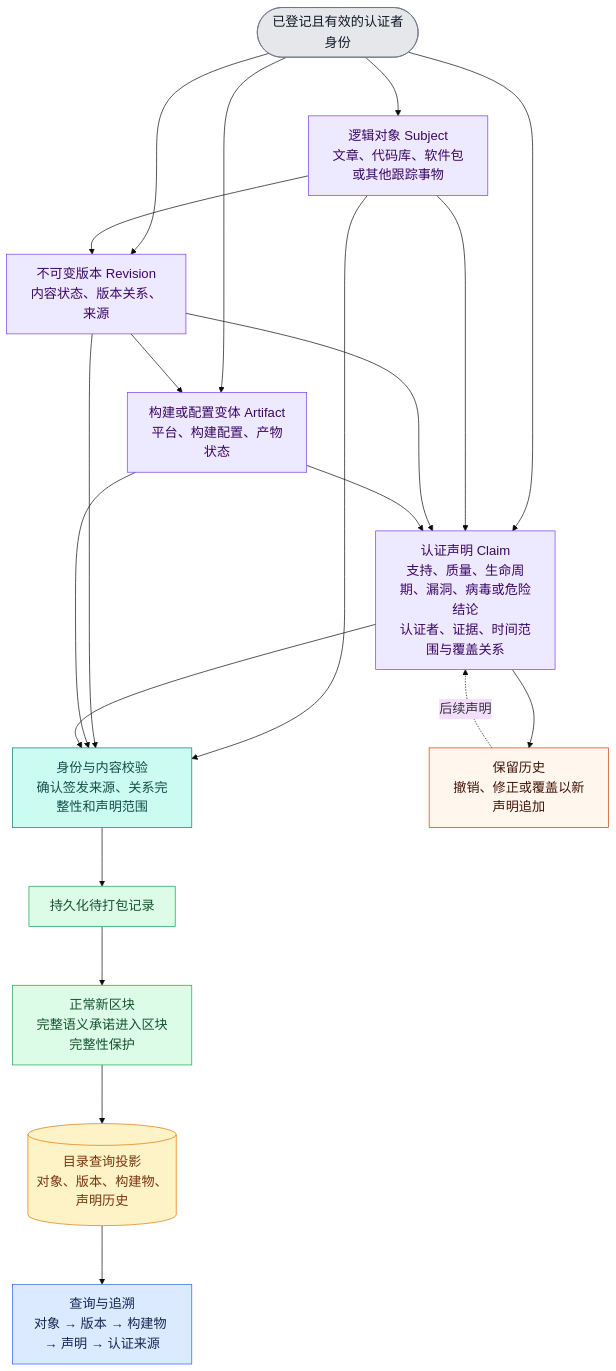
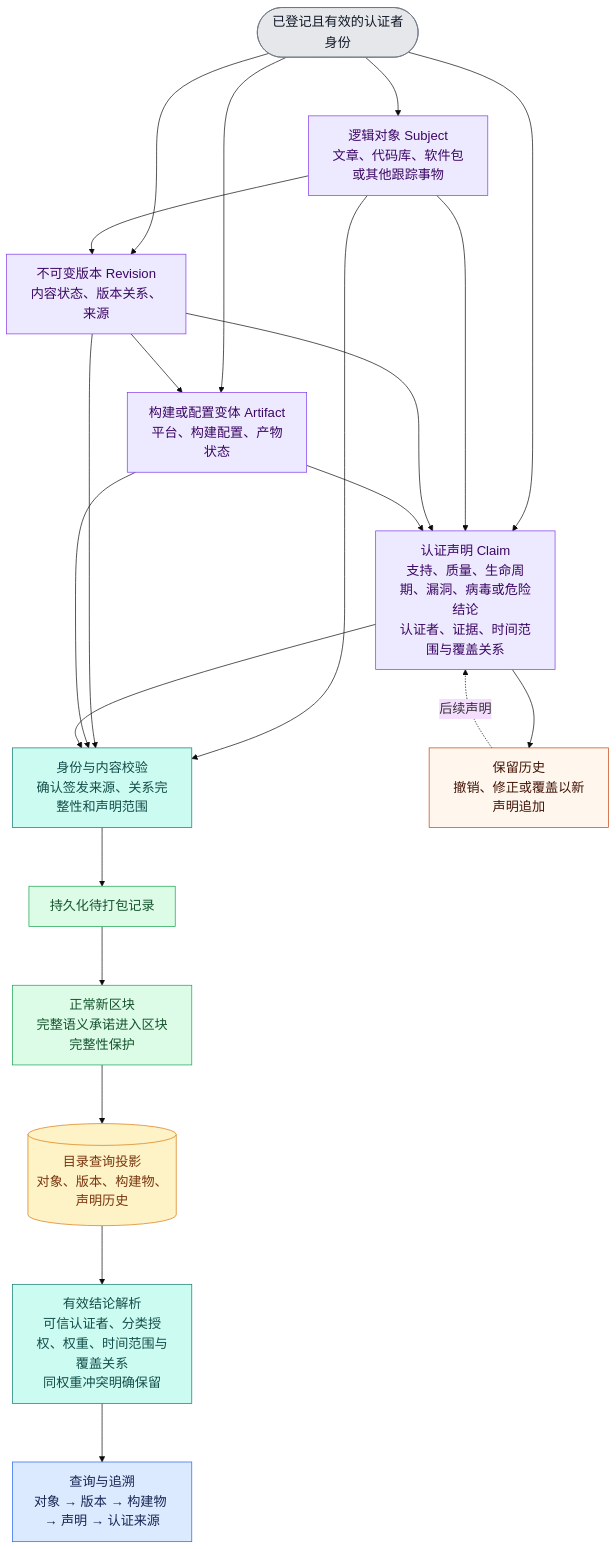
One commit to heweixi/VeraChain changed the diagram in docs/FLOW-S7-catalog.mmd. Above: the diagram before and after it, drawn with Mermaid. The commit also changed 14 other files, not shown here.

```diff
--- a/docs/FLOW-S7-catalog.mmd
+++ b/docs/FLOW-S7-catalog.mmd
@@ -1,37 +1,38 @@
 %% 拆分简略图 7:可验证语义目录与认证声明
 %%{init: {"theme":"base","themeVariables":{"fontSize":"19px"},"flowchart":{"nodeSpacing":70,"rankSpacing":85}}}%%
 flowchart TB
     ISSUER(["已登记且有效的认证者身份"]):::external
     SUBJECT["逻辑对象 Subject<br/>文章、代码库、软件包或其他跟踪事物"]:::service
     REVISION["不可变版本 Revision<br/>内容状态、版本关系、来源"]:::service
     ARTIFACT["构建或配置变体 Artifact<br/>平台、构建配置、产物状态"]:::service
     CLAIM["认证声明 Claim<br/>支持、质量、生命周期、漏洞、病毒或危险结论<br/>认证者、证据、时间范围与覆盖关系"]:::service
     SIGN["身份与内容校验<br/>确认签发来源、关系完整性和声明范围"]:::compute
     WAIT["持久化待打包记录"]:::core
     BLOCK["正常新区块<br/>完整语义承诺进入区块完整性保护"]:::core
     PROJECTION[("目录查询投影<br/>对象、版本、构建物、声明历史")]:::db
+    RESOLVE["有效结论解析<br/>可信认证者、分类授权、权重、时间范围与覆盖关系<br/>同权重冲突明确保留"]:::compute
     TRACE["查询与追溯<br/>对象 → 版本 → 构建物 → 声明 → 认证来源"]:::api
     HISTORY["保留历史<br/>撤销、修正或覆盖以新声明追加"]:::note
 
     ISSUER --> SUBJECT
     ISSUER --> REVISION
     ISSUER --> ARTIFACT
     ISSUER --> CLAIM
     SUBJECT --> REVISION --> ARTIFACT
     SUBJECT --> CLAIM
     REVISION --> CLAIM
     ARTIFACT --> CLAIM
     SUBJECT --> SIGN
     REVISION --> SIGN
     ARTIFACT --> SIGN
-    CLAIM --> SIGN --> WAIT --> BLOCK --> PROJECTION --> TRACE
+    CLAIM --> SIGN --> WAIT --> BLOCK --> PROJECTION --> RESOLVE --> TRACE
     CLAIM --> HISTORY
     HISTORY -.后续声明.-> CLAIM
 
     classDef external fill:#e5e7eb,stroke:#6b7280,color:#111827;
     classDef api fill:#dbeafe,stroke:#2563eb,color:#172554;
     classDef service fill:#ede9fe,stroke:#7c3aed,color:#3b0764;
     classDef core fill:#dcfce7,stroke:#16a34a,color:#14532d;
     classDef compute fill:#ccfbf1,stroke:#0f766e,color:#134e4a;
     classDef db fill:#fef3c7,stroke:#d97706,color:#78350f;
     classDef note fill:#fff7ed,stroke:#c2410c,color:#431407;
```
